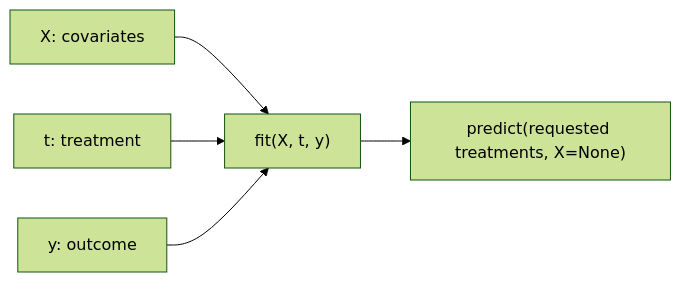
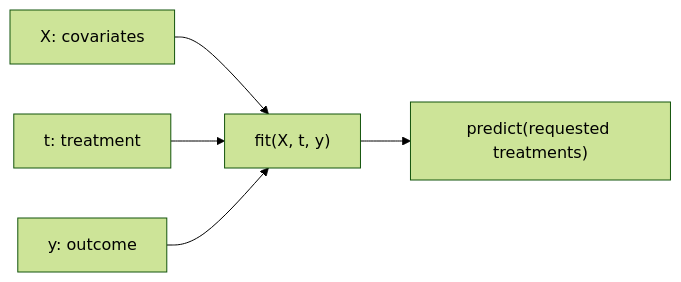
The diagram in docs/book/getting-started.qmd (felipeangelimvieira/skcausal), drawn with Mermaid (forest theme) before and after one commit. The commit also changed other lines of this file and 62 other files, not shown here.

````diff
--- a/docs/book/getting-started.qmd
+++ b/docs/book/getting-started.qmd
@@ -21,7 +21,7 @@
 ```{mermaid}
 graph LR
   X["X: covariates"] --> F["fit(X, t, y)"]
   T["t: treatment"] --> F
   Y["y: outcome"] --> F
-  F --> P["predict(requested treatments, X=None)"]
+  F --> P["predict(requested treatments)"]
 ```
````
